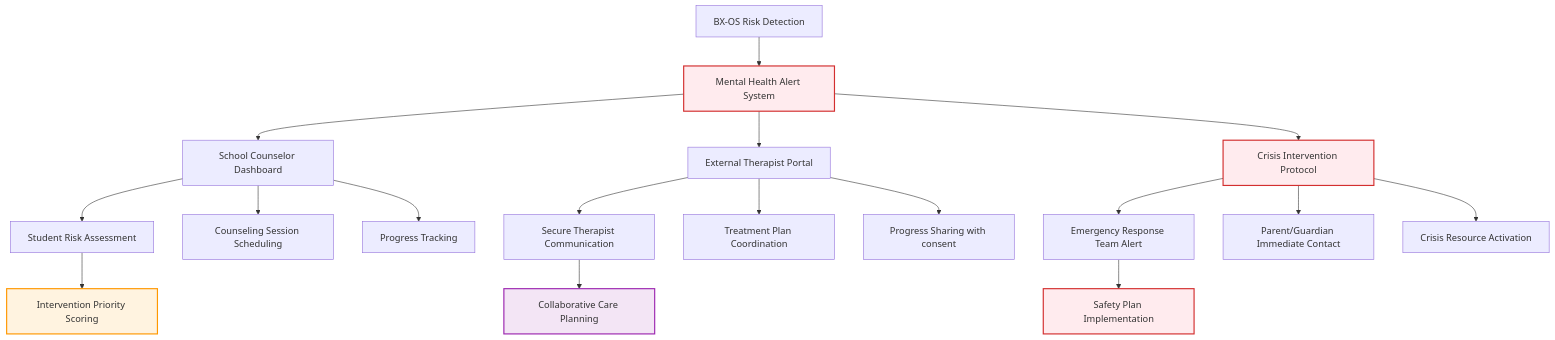
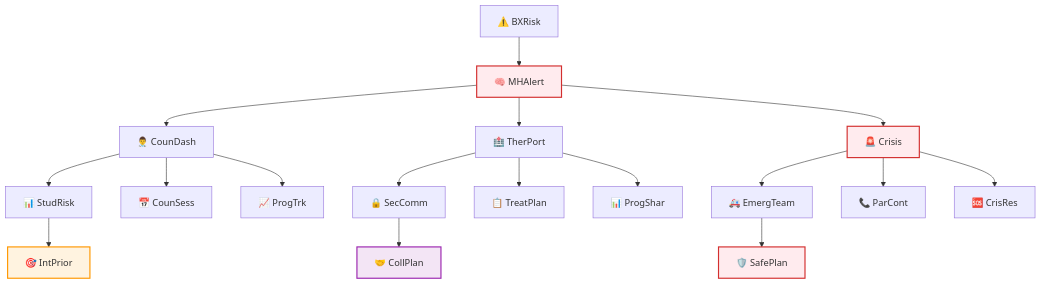
Before and after one commit to Splurfa/bx-os: the fourth of 6 diagrams in docs/flowcharts/Future-Vision/11-system-integration-architecture.md, drawn with Mermaid. The commit also changed other lines of this file and 4 other files, not shown here.

Commit message:
Fix all flowchart text cutoff

````diff
--- a/docs/flowcharts/Future-Vision/11-system-integration-architecture.md
+++ b/docs/flowcharts/Future-Vision/11-system-integration-architecture.md
@@ -101,29 +159,29 @@
 ```mermaid
 flowchart TD
-    A[BX-OS Risk Detection] --> B[Mental Health Alert System]
-    B --> C[School Counselor Dashboard]
-    B --> D[External Therapist Portal]
-    B --> E[Crisis Intervention Protocol]
+    A[⚠️ BXRisk] --> B[🧠 MHAlert]
+    B --> C[👨‍⚕️ CounDash]
+    B --> D[🏥 TherPort]
+    B --> E[🚨 Crisis]
     
-    C --> F[Student Risk Assessment]
-    C --> G[Counseling Session Scheduling]
-    C --> H[Progress Tracking]
+    C --> F[📊 StudRisk]
+    C --> G[📅 CounSess]
+    C --> H[📈 ProgTrk]
     
-    D --> I[Secure Therapist Communication]
-    D --> J[Treatment Plan Coordination]
-    D --> K[Progress Sharing with consent]
+    D --> I[🔒 SecComm]
+    D --> J[📋 TreatPlan]
+    D --> K[📊 ProgShar]
     
-    E --> L[Emergency Response Team Alert]
-    E --> M[Parent/Guardian Immediate Contact]
-    E --> N[Crisis Resource Activation]
+    E --> L[🚑 EmergTeam]
+    E --> M[📞 ParCont]
+    E --> N[🆘 CrisRes]
     
-    F --> O[Intervention Priority Scoring]
-    I --> P[Collaborative Care Planning]
-    L --> Q[Safety Plan Implementation]
+    F --> O[🎯 IntPrior]
+    I --> P[🤝 CollPlan]
+    L --> Q[🛡️ SafePlan]
     
     style B fill:#ffebee,stroke:#d32f2f,stroke-width:2px
     style E fill:#ffebee,stroke:#d32f2f,stroke-width:2px
     style O fill:#fff3e0,stroke:#ff9800,stroke-width:2px
     style P fill:#f3e5f5,stroke:#9c27b0,stroke-width:2px
     style Q fill:#ffebee,stroke:#d32f2f,stroke-width:2px
 ```
````
